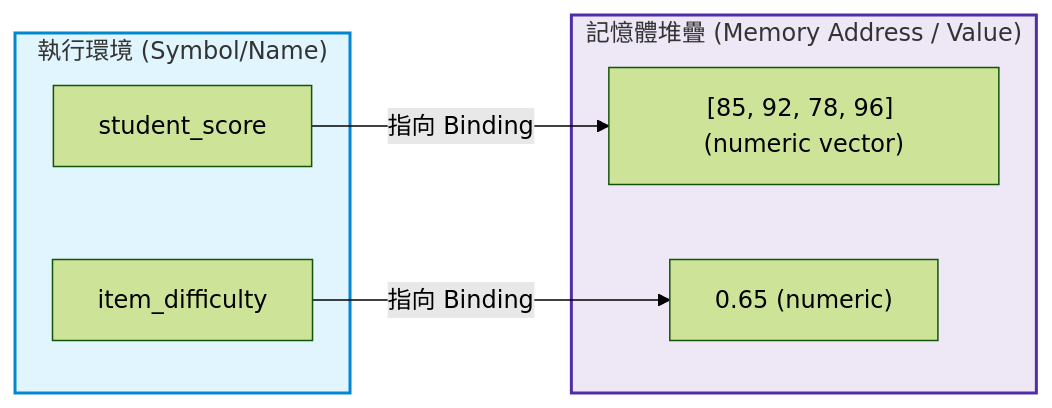
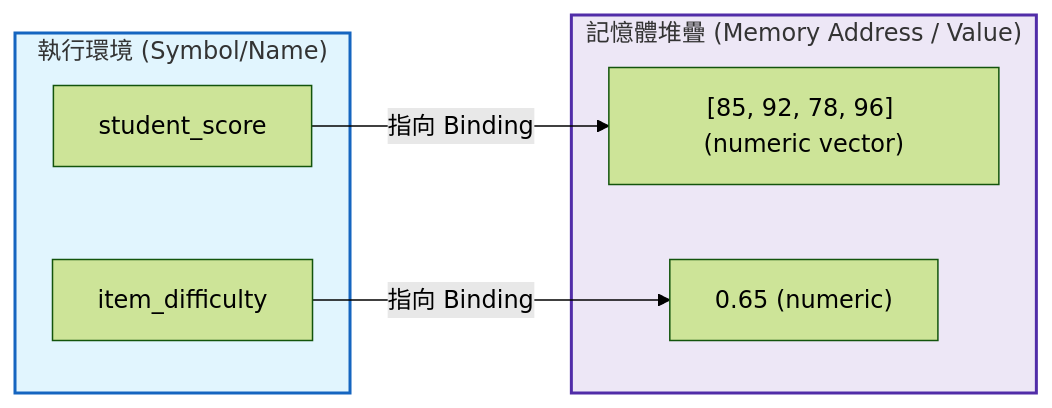
Before and after one commit to allen19970828/modern-r-psychometrics: the first of 3 diagrams in book/Chapter_01_R_Foundations_and_Logic.md, drawn with Mermaid (forest theme). The commit also changed other lines of this file and 36 other files, not shown here.

````diff
--- a/book/Chapter_01_R_Foundations_and_Logic.md
+++ b/book/Chapter_01_R_Foundations_and_Logic.md
@@ -16,15 +16,15 @@
 ```mermaid
 flowchart LR
     subgraph Environment["執行環境 (Symbol/Name)"]
         V1["student_score"]
         V2["item_difficulty"]
     end
     subgraph Memory["記憶體堆疊 (Memory Address / Value)"]
         M1["[85, 92, 78, 96] (numeric vector)"]
         M2["0.65 (numeric)"]
     end
     V1 -->|指向 Binding| M1
     V2 -->|指向 Binding| M2
-    style Environment fill:#e1f5fe,stroke:#0288d1,stroke-width:2px
+    style Environment fill:#e1f5fe,stroke:#1565c0,stroke-width:2px
     style Memory fill:#ede7f6,stroke:#512da8,stroke-width:2px
 ```
````
